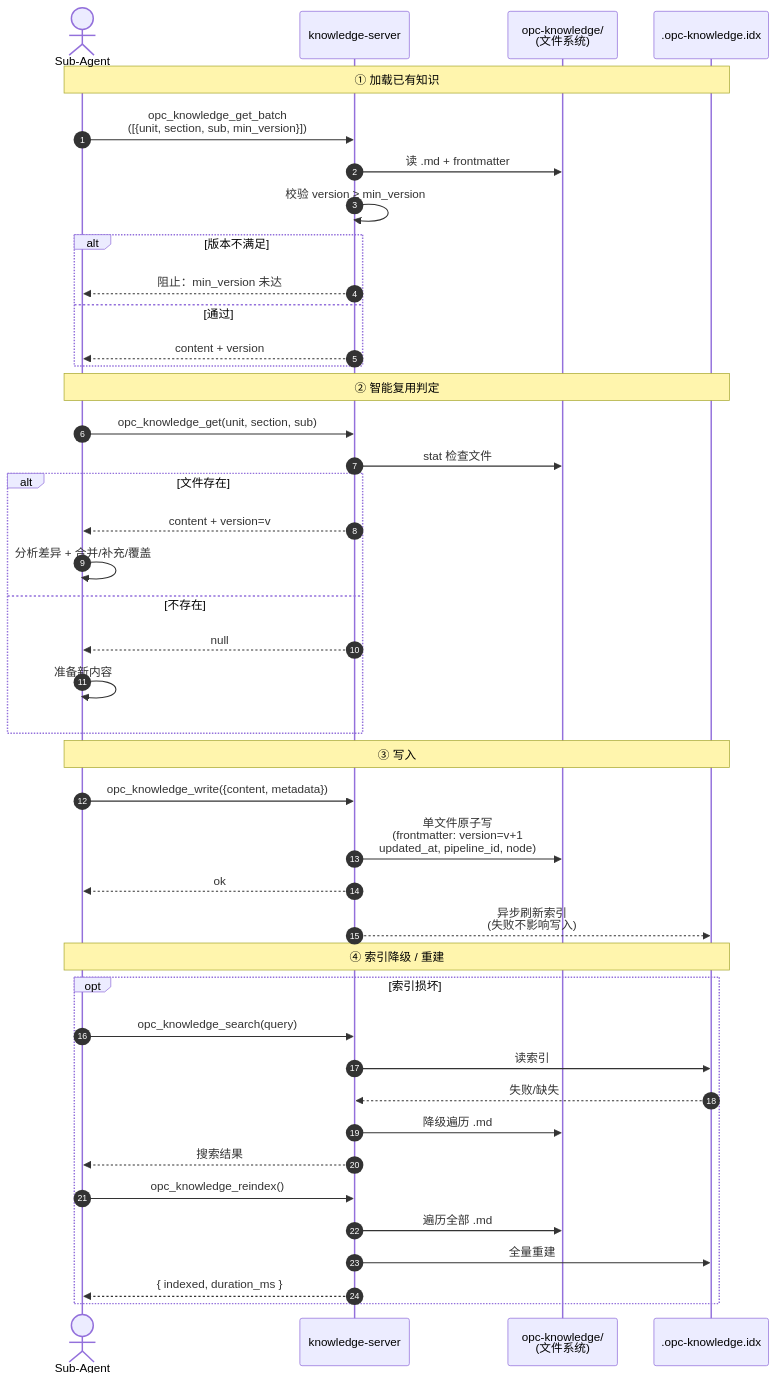
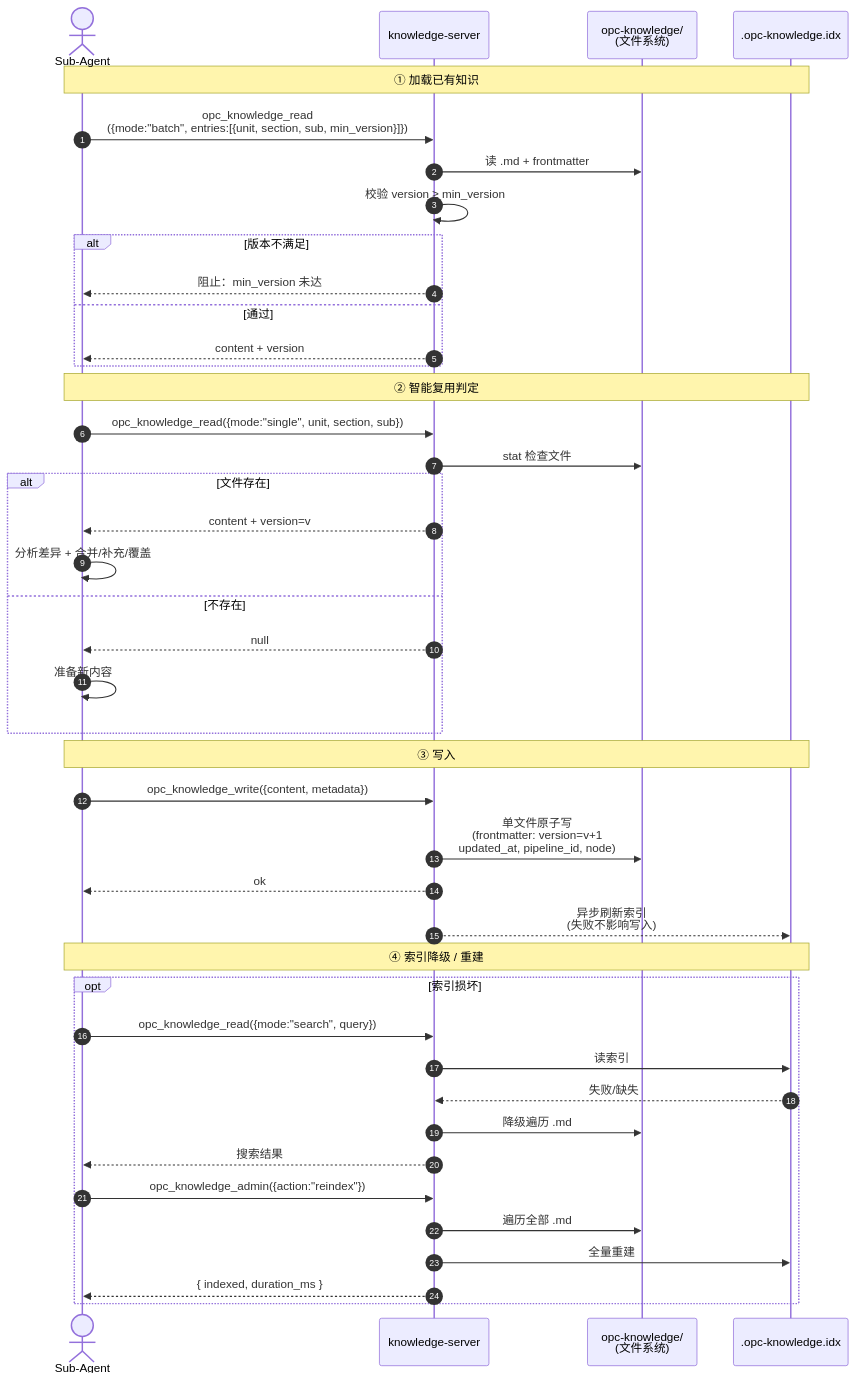
One commit to CaffeineOddity/opc-marketplace changed the first of 2 diagrams in doc/feature/03-opc-knowledge-server/01-knowledge-model/00_overview.md. Above: the diagram before and after it, drawn with Mermaid. The commit also changed other lines of this file and 16 other files, not shown here.

First line of the commit message:
docs(M17.j): rewrite 03-opc-knowledge-server + 05-opc-reflection-server for consolidated tool surface

````diff
--- a/doc/feature/03-opc-knowledge-server/01-knowledge-model/00_overview.md
+++ b/doc/feature/03-opc-knowledge-server/01-knowledge-model/00_overview.md
@@ -13,49 +13,49 @@
 ```mermaid
 sequenceDiagram
     autonumber
     actor A as Sub-Agent
     participant KS as knowledge-server
     participant FS as opc-knowledge/<br/>(文件系统)
     participant IDX as .opc-knowledge.idx
 
     Note over A,IDX: ① 加载已有知识
-    A->>KS: opc_knowledge_get_batch<br/>([{unit, section, sub, min_version}])
+    A->>KS: opc_knowledge_read<br/>({mode:"batch", entries:[{unit, section, sub, min_version}]})
     KS->>FS: 读 .md + frontmatter
     KS->>KS: 校验 version ≥ min_version
     alt 版本不满足
         KS-->>A: 阻止：min_version 未达
     else 通过
         KS-->>A: content + version
     end
 
     Note over A,IDX: ② 智能复用判定
-    A->>KS: opc_knowledge_get(unit, section, sub)
+    A->>KS: opc_knowledge_read({mode:"single", unit, section, sub})
     KS->>FS: stat 检查文件
     alt 文件存在
         KS-->>A: content + version=v
         A->>A: 分析差异 + 合并/补充/覆盖
     else 不存在
         KS-->>A: null
         A->>A: 准备新内容
     end
 
     Note over A,IDX: ③ 写入
     A->>KS: opc_knowledge_write({content, metadata})
     KS->>FS: 单文件原子写<br/>(frontmatter: version=v+1<br/>updated_at, pipeline_id, node)
     KS-->>A: ok
     KS-->>IDX: 异步刷新索引<br/>(失败不影响写入)
 
     Note over A,IDX: ④ 索引降级 / 重建
     opt 索引损坏
-        A->>KS: opc_knowledge_search(query)
+        A->>KS: opc_knowledge_read({mode:"search", query})
         KS->>IDX: 读索引
         IDX-->>KS: 失败/缺失
         KS->>FS: 降级遍历 .md
         KS-->>A: 搜索结果
 
-        A->>KS: opc_knowledge_reindex()
+        A->>KS: opc_knowledge_admin({action:"reindex"})
         KS->>FS: 遍历全部 .md
         KS->>IDX: 全量重建
         KS-->>A: { indexed, duration_ms }
     end
 ```
````
